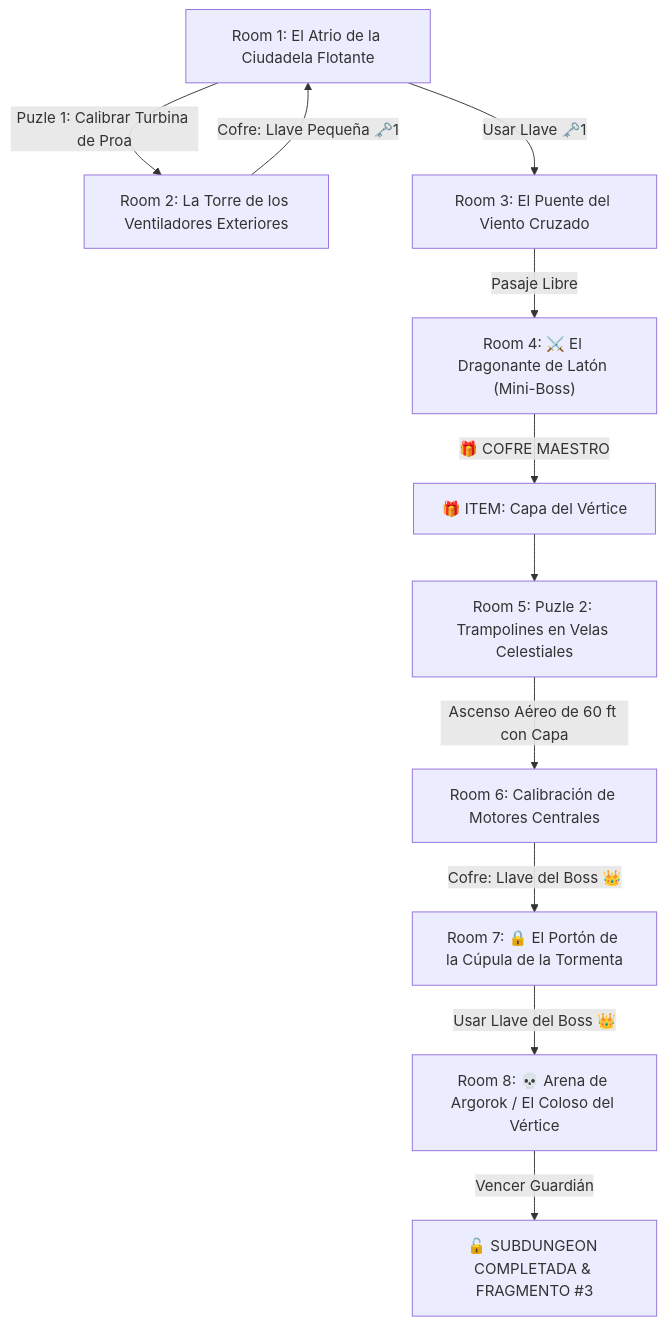
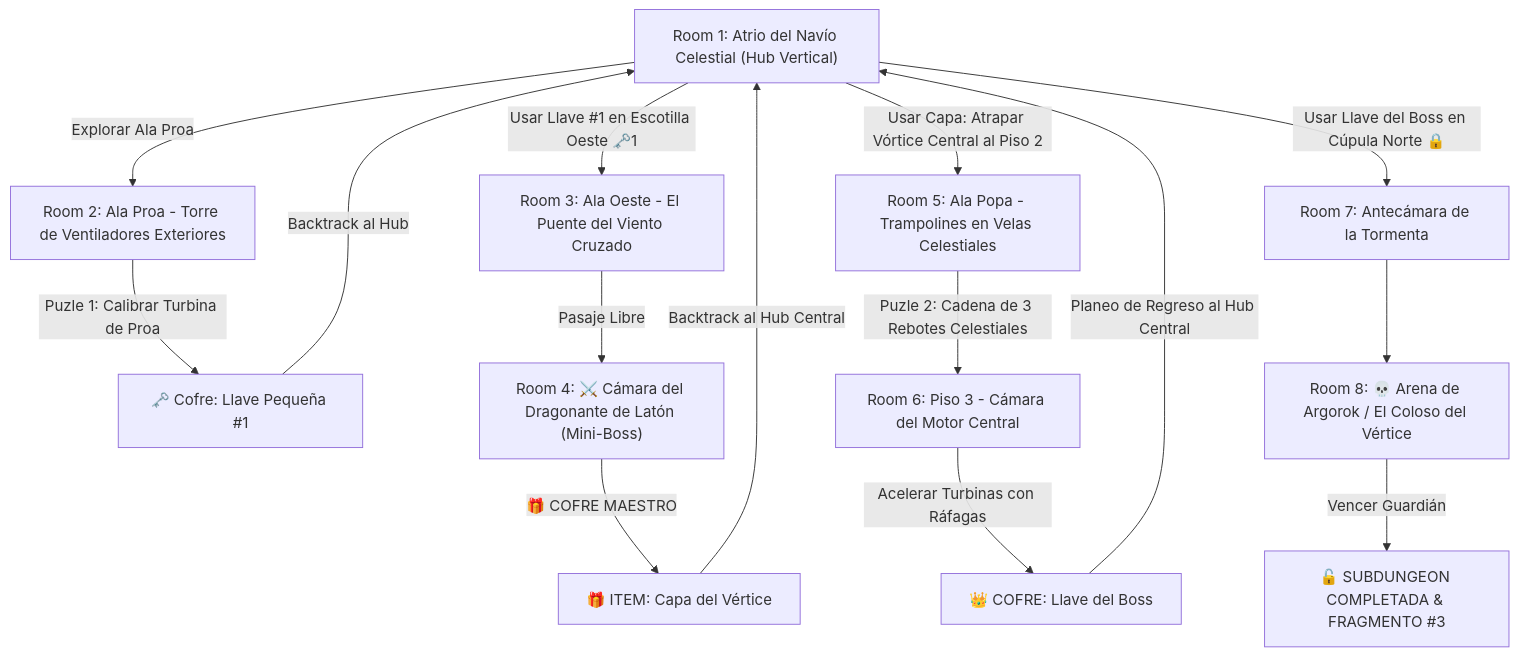
The diagram in 7 - DM/OneShots/ARepeat/Subdungeons/03_Subdungeon_Aire_Torre.md (linkmati/ShivathLyss), drawn with Mermaid before and after one commit. The commit also changed other lines of this file and 22 other files, not shown here.

````diff
--- a/7 - DM/OneShots/ARepeat/Subdungeons/03_Subdungeon_Aire_Torre.md
+++ b/7 - DM/OneShots/ARepeat/Subdungeons/03_Subdungeon_Aire_Torre.md
@@ -14,13 +14,20 @@
 ```mermaid
 graph TD
-    S1["Room 1: El Atrio de la Ciudadela Flotante"] -->|Puzle 1: Calibrar Turbina de Proa| S2["Room 2: La Torre de los Ventiladores Exteriores"]
-    S2 -->|Cofre: Llave Pequeña 🗝️1| S1
-    S1 -->|Usar Llave 🗝️1| S3["Room 3: El Puente del Viento Cruzado"]
-    S3 -->|Pasaje Libre| S4["Room 4: ⚔️ El Dragonante de Latón (Mini-Boss)"]
+    S1["Room 1: Atrio del Navío Celestial (Hub Vertical)"] -->|Explorar Ala Proa| S2["Room 2: Ala Proa - Torre de Ventiladores Exteriores"]
+    S2 -->|Puzle 1: Calibrar Turbina de Proa| S2_Key["🗝️ Cofre: Llave Pequeña #1"]
+    S2_Key -->|Backtrack al Hub| S1
+    
+    S1 -->|Usar Llave #1 en Escotilla Oeste 🗝️1| S3["Room 3: Ala Oeste - El Puente del Viento Cruzado"]
+    S3 -->|Pasaje Libre| S4["Room 4: ⚔️ Cámara del Dragonante de Latón (Mini-Boss)"]
     S4 -->|🎁 COFRE MAESTRO| Item["🎁 ITEM: Capa del Vértice"]
-    Item --> S5["Room 5: Puzle 2: Trampolines en Velas Celestiales"]
-    S5 -->|Ascenso Aéreo de 60 ft con Capa| S6["Room 6: Calibración de Motores Centrales"]
-    S6 -->|Cofre: Llave del Boss 👑| S7["Room 7: 🔒 El Portón de la Cúpula de la Tormenta"]
-    S7 -->|Usar Llave del Boss 👑| S8["Room 8: 💀 Arena de Argorok / El Coloso del Vértice"]
+    
+    Item -->|Backtrack al Hub Central| S1
+    S1 -->|Usar Capa: Atrapar Vórtice Central al Piso 2| S5["Room 5: Ala Popa - Trampolines en Velas Celestiales"]
+    S5 -->|Puzle 2: Cadena de 3 Rebotes Celestiales| S6["Room 6: Piso 3 - Cámara del Motor Central"]
+    S6 -->|Acelerar Turbinas con Ráfagas| BossKey["👑 COFRE: Llave del Boss"]
+    
+    BossKey -->|Planeo de Regreso al Hub Central| S1
+    S1 -->|Usar Llave del Boss en Cúpula Norte 🔒| S7["Room 7: Antecámara de la Tormenta"]
+    S7 --> S8["Room 8: 💀 Arena de Argorok / El Coloso del Vértice"]
     S8 -->|Vencer Guardián| Win["🔓 SUBDUNGEON COMPLETADA & FRAGMENTO #3"]
 ```
````
